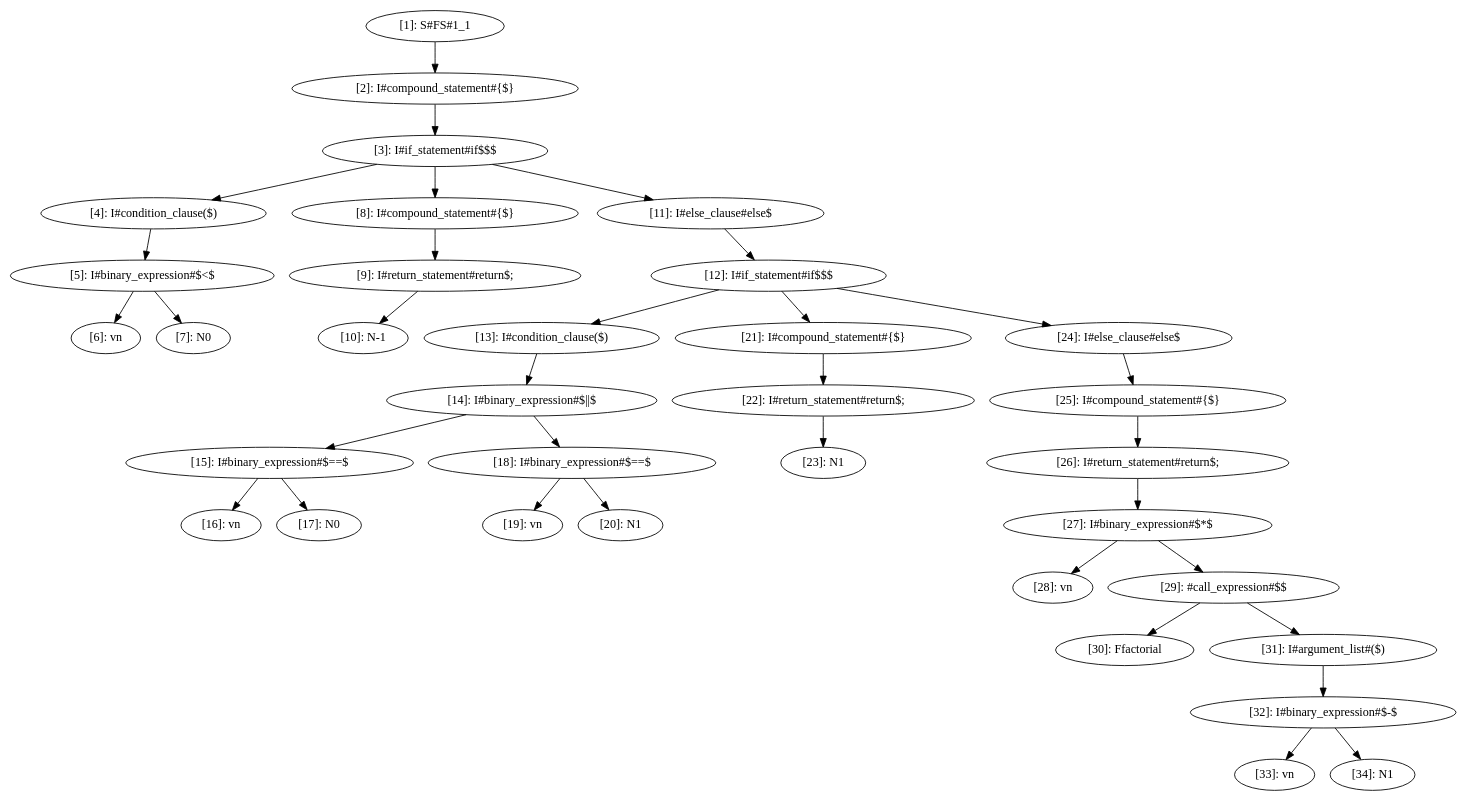
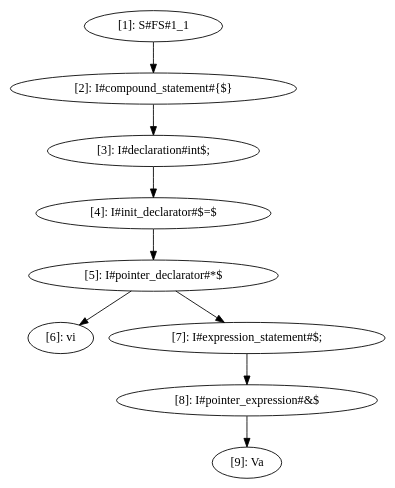
Before and after one commit to deryaerman/DIA-System-DS-Plagiarism-Checker-GIT: the diagram in cass.dot, drawn with Graphviz. The commit also changed 12 other files, not shown here.

Commit message:
fixed declaration statement

```diff
--- a/cass.dot
+++ b/cass.dot
@@ -1,70 +1,20 @@
 digraph CASS {
   node [shape=ellipse];
   n1 [label="[1]: S#FS#1_1"];
   n2 [label="[2]: I#compound_statement#{$}"];
-  n3 [label="[3]: I#if_statement#if$$$"];
-  n4 [label="[4]: I#condition_clause($)"];
-  n5 [label="[5]: I#binary_expression#$<$"];
-  n6 [label="[6]: vn"];
-  n7 [label="[7]: N0"];
-  n8 [label="[8]: I#compound_statement#{$}"];
-  n9 [label="[9]: I#return_statement#return$;"];
-  n10 [label="[10]: N-1"];
-  n11 [label="[11]: I#else_clause#else$"];
-  n12 [label="[12]: I#if_statement#if$$$"];
-  n13 [label="[13]: I#condition_clause($)"];
-  n14 [label="[14]: I#binary_expression#$||$"];
-  n15 [label="[15]: I#binary_expression#$==$"];
-  n16 [label="[16]: vn"];
-  n17 [label="[17]: N0"];
-  n18 [label="[18]: I#binary_expression#$==$"];
-  n19 [label="[19]: vn"];
-  n20 [label="[20]: N1"];
-  n21 [label="[21]: I#compound_statement#{$}"];
-  n22 [label="[22]: I#return_statement#return$;"];
-  n23 [label="[23]: N1"];
-  n24 [label="[24]: I#else_clause#else$"];
-  n25 [label="[25]: I#compound_statement#{$}"];
-  n26 [label="[26]: I#return_statement#return$;"];
-  n27 [label="[27]: I#binary_expression#$*$"];
-  n28 [label="[28]: vn"];
-  n29 [label="[29]: #call_expression#$$"];
-  n30 [label="[30]: Ffactorial"];
-  n31 [label="[31]: I#argument_list#($)"];
-  n32 [label="[32]: I#binary_expression#$-$"];
-  n33 [label="[33]: vn"];
-  n34 [label="[34]: N1"];
+  n3 [label="[3]: I#declaration#int$;"];
+  n4 [label="[4]: I#init_declarator#$=$"];
+  n5 [label="[5]: I#pointer_declarator#*$"];
+  n6 [label="[6]: vi"];
+  n7 [label="[7]: I#expression_statement#$;"];
+  n8 [label="[8]: I#pointer_expression#&$"];
+  n9 [label="[9]: Va"];
   n1 -> n2;
   n2 -> n3;
   n3 -> n4;
   n4 -> n5;
   n5 -> n6;
   n5 -> n7;
-  n3 -> n8;
+  n7 -> n8;
   n8 -> n9;
-  n9 -> n10;
-  n3 -> n11;
-  n11 -> n12;
-  n12 -> n13;
-  n13 -> n14;
-  n14 -> n15;
-  n15 -> n16;
-  n15 -> n17;
-  n14 -> n18;
-  n18 -> n19;
-  n18 -> n20;
-  n12 -> n21;
-  n21 -> n22;
-  n22 -> n23;
-  n12 -> n24;
-  n24 -> n25;
-  n25 -> n26;
-  n26 -> n27;
-  n27 -> n28;
-  n27 -> n29;
-  n29 -> n30;
-  n29 -> n31;
-  n31 -> n32;
-  n32 -> n33;
-  n32 -> n34;
 }
```
